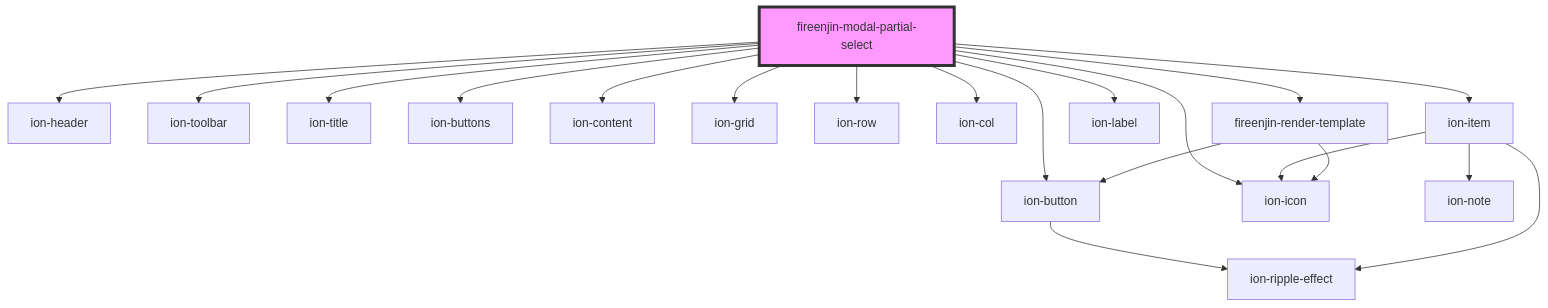
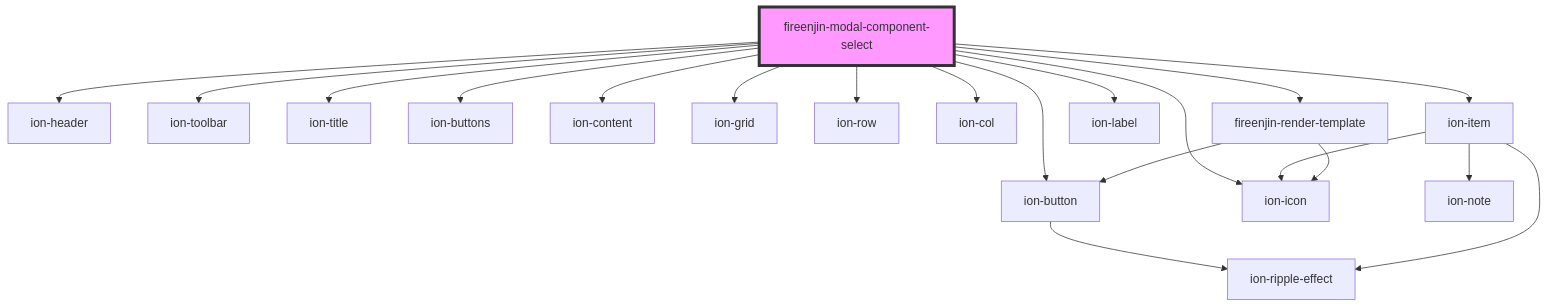
One commit to FireEnjin/Editor changed the diagram in src/components/readme.md. Above: the diagram before and after it, drawn with Mermaid. The commit also changed other lines of this file and 6 other files, not shown here.

Commit message:
fix(): Covert uses of partial to component

````diff
--- a/src/components/readme.md
+++ b/src/components/readme.md
@@ -48,23 +40,23 @@
 ```mermaid
 graph TD;
-  fireenjin-modal-partial-select --> ion-header
-  fireenjin-modal-partial-select --> ion-toolbar
-  fireenjin-modal-partial-select --> ion-title
-  fireenjin-modal-partial-select --> ion-buttons
-  fireenjin-modal-partial-select --> ion-button
-  fireenjin-modal-partial-select --> ion-icon
-  fireenjin-modal-partial-select --> ion-content
-  fireenjin-modal-partial-select --> ion-grid
-  fireenjin-modal-partial-select --> ion-row
-  fireenjin-modal-partial-select --> ion-col
-  fireenjin-modal-partial-select --> ion-item
-  fireenjin-modal-partial-select --> ion-label
-  fireenjin-modal-partial-select --> fireenjin-render-template
+  fireenjin-modal-component-select --> ion-header
+  fireenjin-modal-component-select --> ion-toolbar
+  fireenjin-modal-component-select --> ion-title
+  fireenjin-modal-component-select --> ion-buttons
+  fireenjin-modal-component-select --> ion-button
+  fireenjin-modal-component-select --> ion-icon
+  fireenjin-modal-component-select --> ion-content
+  fireenjin-modal-component-select --> ion-grid
+  fireenjin-modal-component-select --> ion-row
+  fireenjin-modal-component-select --> ion-col
+  fireenjin-modal-component-select --> ion-item
+  fireenjin-modal-component-select --> ion-label
+  fireenjin-modal-component-select --> fireenjin-render-template
   ion-button --> ion-ripple-effect
   ion-item --> ion-icon
   ion-item --> ion-ripple-effect
   ion-item --> ion-note
   fireenjin-render-template --> ion-button
   fireenjin-render-template --> ion-icon
-  style fireenjin-modal-partial-select fill:#f9f,stroke:#333,stroke-width:4px
+  style fireenjin-modal-component-select fill:#f9f,stroke:#333,stroke-width:4px
 ```
````
